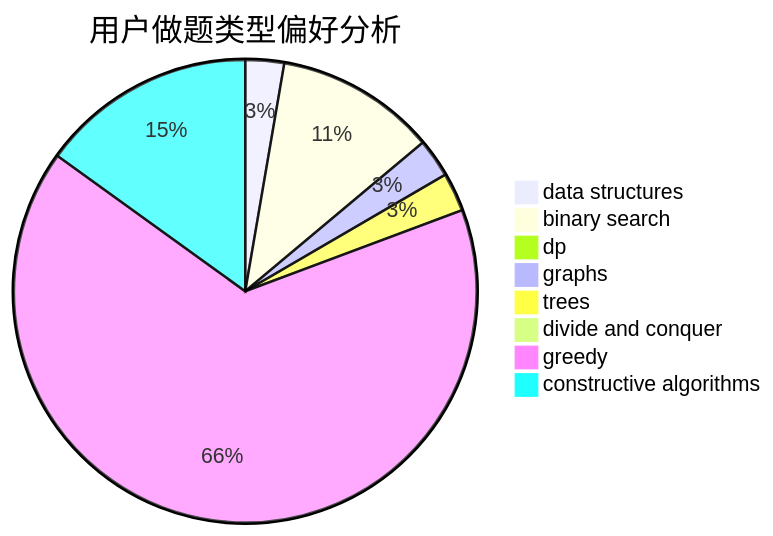
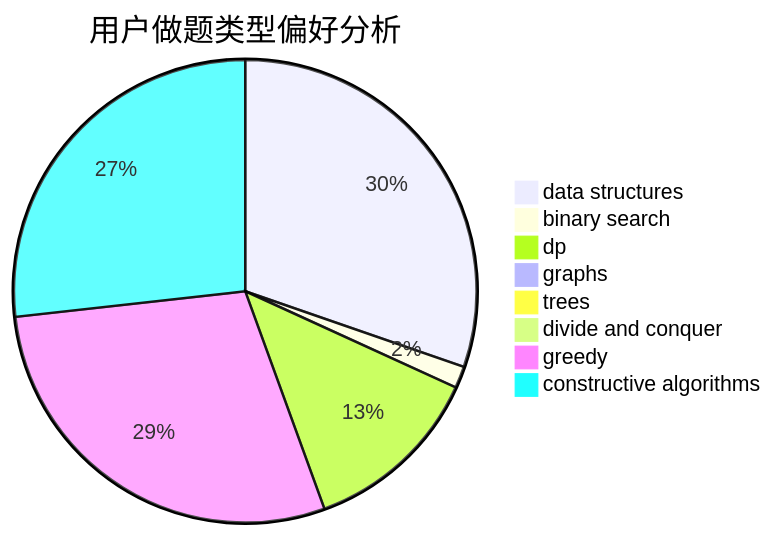
Before and after one commit to sherpahu/cfrs.github.io: the second of 3 diagrams in docs/user/u2599.md, drawn with Mermaid. The commit also changed other lines of this file and 2770 other files, not shown here.

````diff
--- a/docs/user/u2599.md
+++ b/docs/user/u2599.md
@@ -23,11 +23,11 @@
 ```mermaid
 pie title 用户做题类型偏好分析
-    "data structures" :  7
-    "binary search" :  29
-    "dp" :  0
-    "graphs" :  7
-    "trees" :  7
+    "data structures" :  60
+    "binary search" :  3
+    "dp" :  25
+    "graphs" :  0
+    "trees" :  0
     "divide and conquer" :  0
-    "greedy" :  170
-    "constructive algorithms" :  39
+    "greedy" :  57
+    "constructive algorithms" :  53
 ```
````
